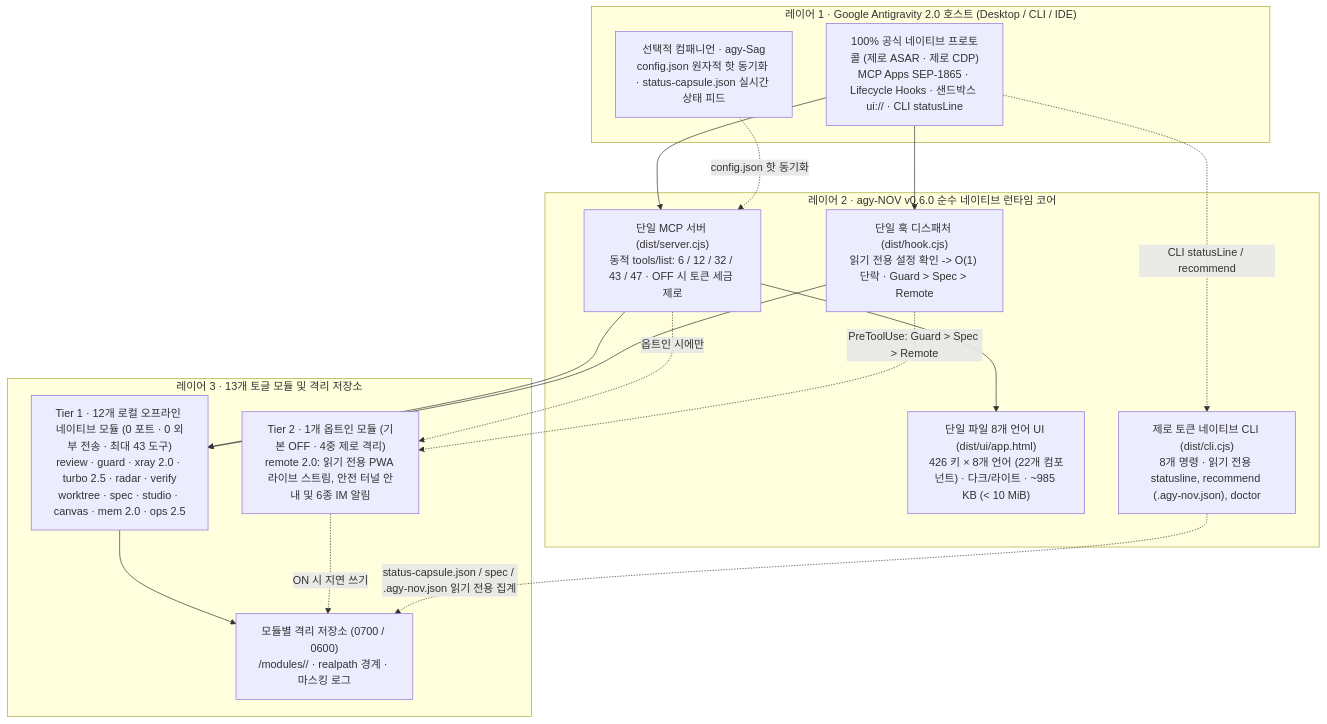
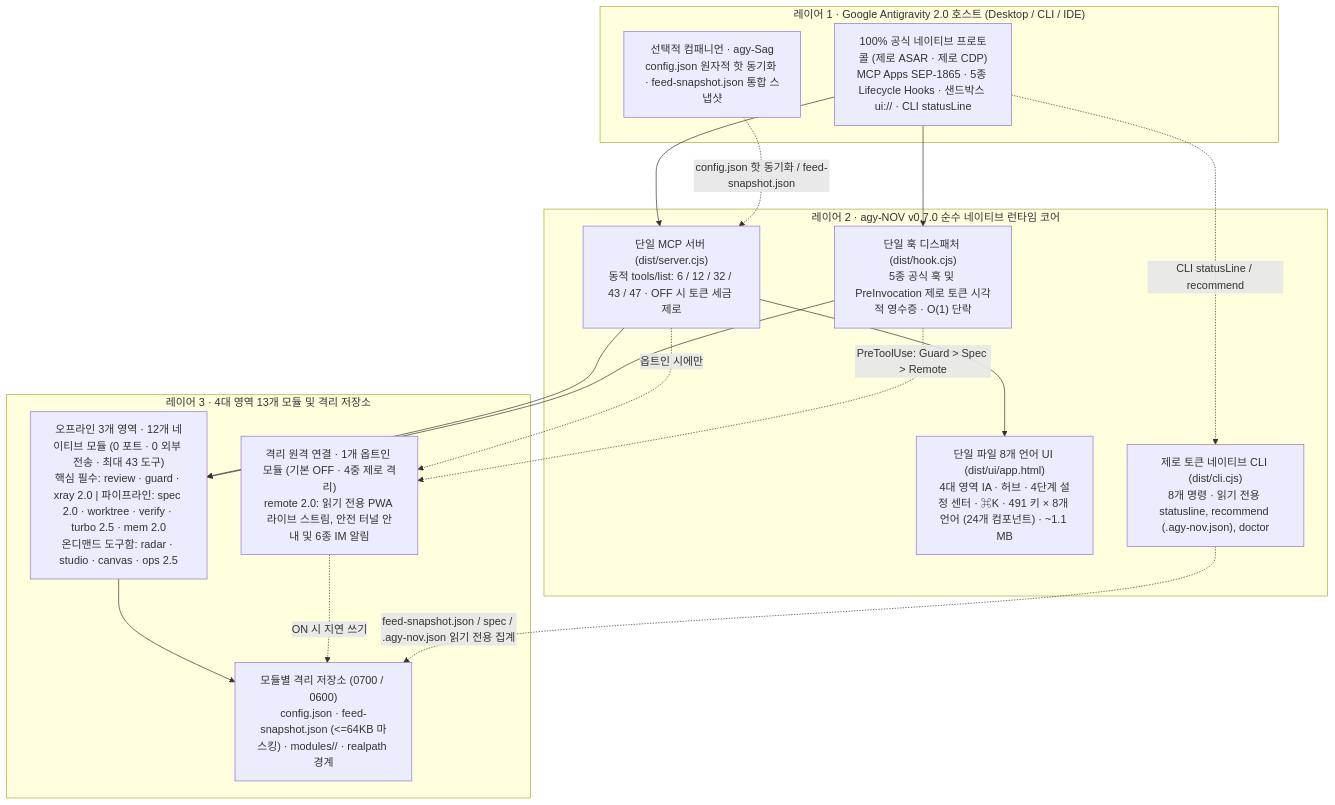
The diagram in docs/i18n/README.ko.md (tone-leh/agy-NOV), drawn with Mermaid before and after one commit. The commit also changed other lines of this file and 54 other files, not shown here.

Commit message:
feat: release agy-NOV v0.7.0 (4+1 IA, Settings Hub, Spec 2.0, Dual-Star Feed, PreInvocation)

````diff
--- a/docs/i18n/README.ko.md
+++ b/docs/i18n/README.ko.md
@@ -207,33 +220,33 @@
 ```mermaid
 flowchart TB
   subgraph L1["레이어 1 · Google Antigravity 2.0 호스트 (Desktop / CLI / IDE)"]
-    Host["100% 공식 네이티브 프로토콜 (제로 ASAR · 제로 CDP)\nMCP Apps SEP-1865 · Lifecycle Hooks · 샌드박스 ui:// · CLI statusLine"]
-    Sag["선택적 컴패니언 · agy-Sag\nconfig.json 원자적 핫 동기화 · status-capsule.json 실시간 상태 피드"]
+    Host["100% 공식 네이티브 프로토콜 (제로 ASAR · 제로 CDP)\nMCP Apps SEP-1865 · 5종 Lifecycle Hooks · 샌드박스 ui:// · CLI statusLine"]
+    Sag["선택적 컴패니언 · agy-Sag\nconfig.json 원자적 핫 동기화 · feed-snapshot.json 통합 스냅샷"]
   end
 
-  subgraph L2["레이어 2 · agy-NOV v0.6.0 순수 네이티브 런타임 코어"]
+  subgraph L2["레이어 2 · agy-NOV v0.7.0 순수 네이티브 런타임 코어"]
     MCP["단일 MCP 서버 (dist/server.cjs)\n동적 tools/list: 6 / 12 / 32 / 43 / 47 · OFF 시 토큰 세금 제로"]
-    Hook["단일 훅 디스패처 (dist/hook.cjs)\n읽기 전용 설정 확인 -> O(1) 단락 · Guard > Spec > Remote"]
-    UI["단일 파일 8개 언어 UI (dist/ui/app.html)\n426 키 × 8개 언어 (22개 컴포넌트) · 다크/라이트 · ~985 KB (< 10 MiB)"]
+    Hook["단일 훅 디스패처 (dist/hook.cjs)\n5종 공식 훅 및 PreInvocation 제로 토큰 시각적 영수증 · O(1) 단락"]
+    UI["단일 파일 8개 언어 UI (dist/ui/app.html)\n4대 영역 IA · 허브 · 4단계 설정 센터 · ⌘K · 491 키 × 8개 언어 (24개 컴포넌트) · ~1.1 MB"]
     CLI["제로 토큰 네이티브 CLI (dist/cli.cjs)\n8개 명령 · 읽기 전용 statusline, recommend (.agy-nov.json), doctor"]
   end
 
-  subgraph L3["레이어 3 · 13개 토글 모듈 및 격리 저장소"]
-    T1["Tier 1 · 12개 로컬 오프라인 네이티브 모듈 (0 포트 · 0 외부 전송 · 최대 43 도구)\nreview · guard · xray 2.0 · turbo 2.5 · radar · verify\nworktree · spec · studio · canvas · mem 2.0 · ops 2.5"]
-    T2R["Tier 2 · 1개 옵트인 모듈 (기본 OFF · 4중 제로 격리)\nremote 2.0: 읽기 전용 PWA 라이브 스트림, 안전 터널 안내 및 6종 IM 알림"]
-    Store["모듈별 격리 저장소 (0700 / 0600)\n<dataDir>/modules/<id>/ · realpath 경계 · 마스킹 로그"]
+  subgraph L3["레이어 3 · 4대 영역 13개 모듈 및 격리 저장소"]
+    T1["오프라인 3개 영역 · 12개 네이티브 모듈 (0 포트 · 0 외부 전송 · 최대 43 도구)\n핵심 필수: review · guard · xray 2.0 | 파이프라인: spec 2.0 · worktree · verify · turbo 2.5 · mem 2.0\n온디맨드 도구함: radar · studio · canvas · ops 2.5"]
+    T2R["격리 원격 연결 · 1개 옵트인 모듈 (기본 OFF · 4중 제로 격리)\nremote 2.0: 읽기 전용 PWA 라이브 스트림, 안전 터널 안내 및 6종 IM 알림"]
+    Store["모듈별 격리 저장소 (0700 / 0600)\nconfig.json · feed-snapshot.json (<=64KB 마스킹) · modules/<id>/ · realpath 경계"]
   end
 
   Host --> MCP
   Host --> Hook
   Host -. "CLI statusLine / recommend" .-> CLI
-  Sag -. "config.json 핫 동기화" .-> MCP
+  Sag -. "config.json 핫 동기화 / feed-snapshot.json" .-> MCP
   MCP --> UI
   MCP --> T1
   MCP -. "옵트인 시에만" .-> T2R
   Hook --> T1
   Hook -. "PreToolUse: Guard > Spec > Remote" .-> T2R
   T1 --> Store
   T2R -. "ON 시 지연 쓰기" .-> Store
-  CLI -. "status-capsule.json / spec / .agy-nov.json 읽기 전용 집계" .-> Store
+  CLI -. "feed-snapshot.json / spec / .agy-nov.json 읽기 전용 집계" .-> Store
 ```
````
